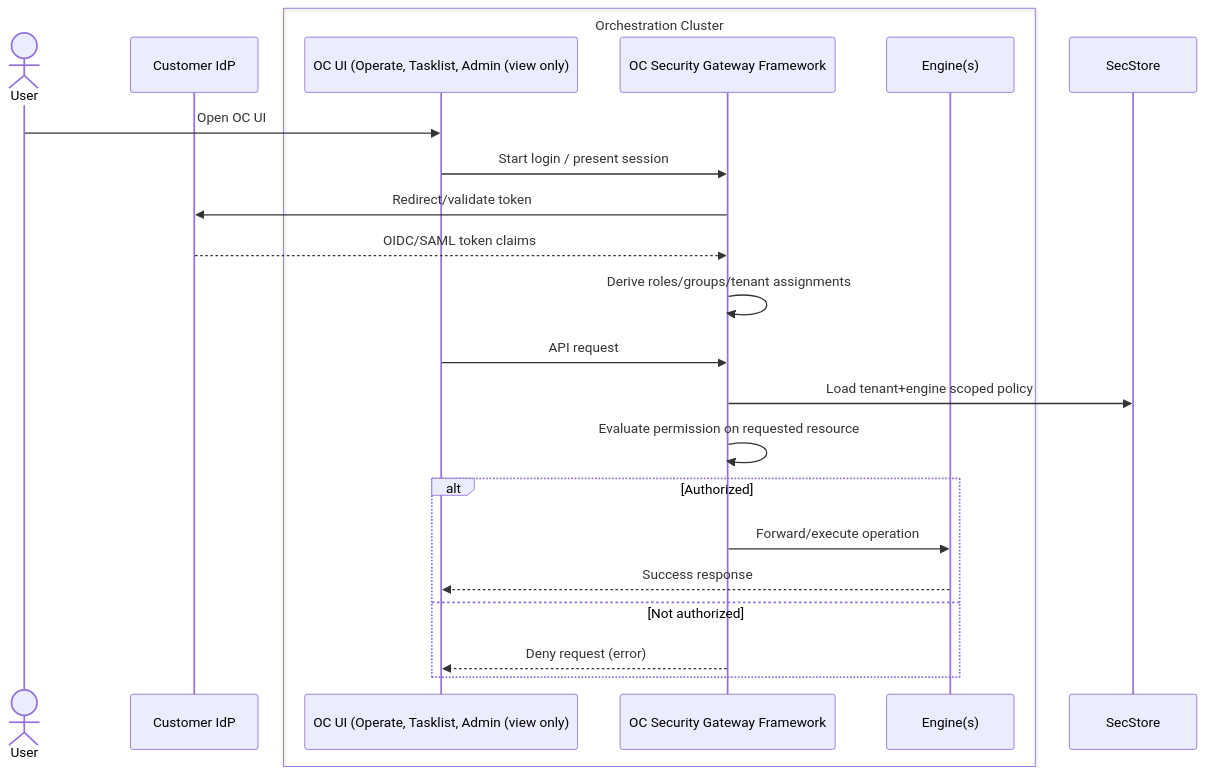
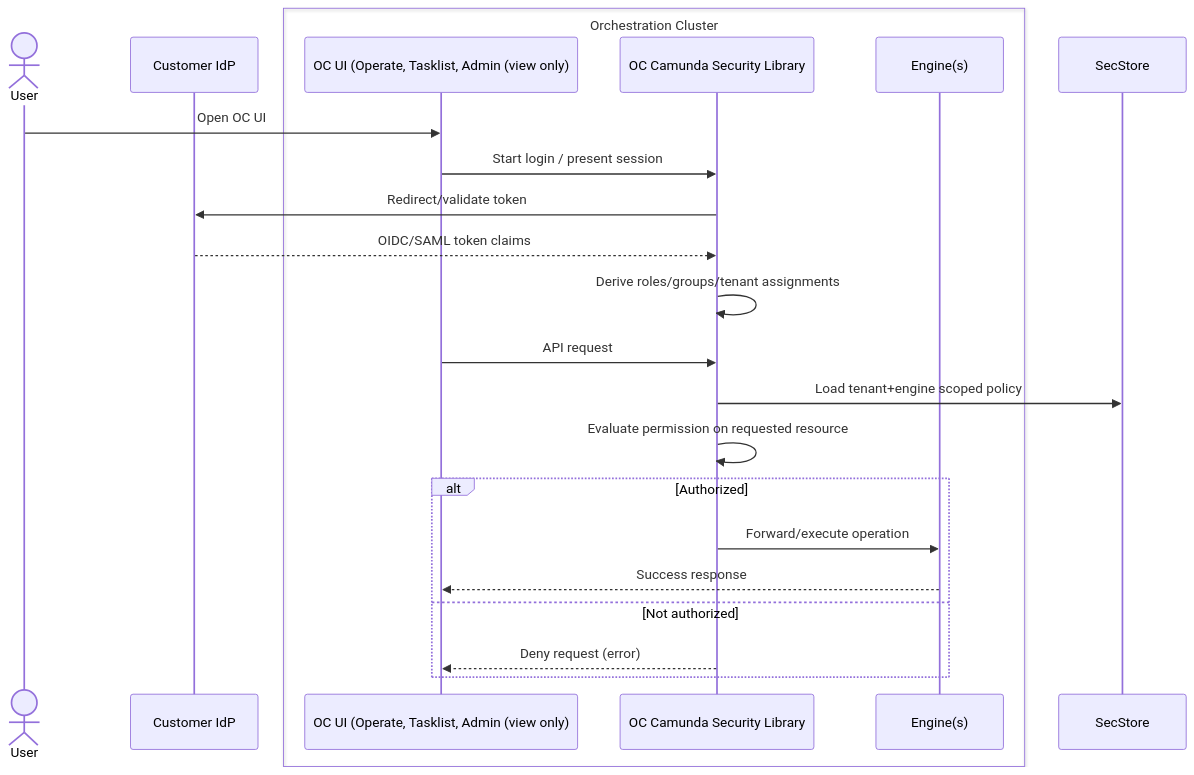
One commit to camunda/camunda-security-library changed diagram 17 of 22 in docs/architecture_docs.md. Above: the diagram before and after it, drawn with Mermaid. The commit also changed other lines of this file and 6 other files, not shown here.

````diff
--- a/docs/architecture_docs.md
+++ b/docs/architecture_docs.md
@@ -1590,26 +1588,26 @@
 ```mermaid
 sequenceDiagram
   actor User
   participant IdP as Customer IdP
   box Orchestration Cluster
     participant OcUi as OC UI (Operate, Tasklist, Admin (view only)
-    participant OCSGF as OC Security Gateway Framework
+    participant OCSLF as OC Camunda Security Library
     participant Engine as Engine(s)
   end
 
   User->>OcUi: Open OC UI
-  OcUi->>OCSGF: Start login / present session
-  OCSGF->>IdP: Redirect/validate token
-  IdP-->>OCSGF: OIDC/SAML token claims
-  OCSGF->>OCSGF: Derive roles/groups/tenant assignments
+  OcUi->>OCSLF: Start login / present session
+  OCSLF->>IdP: Redirect/validate token
+  IdP-->>OCSLF: OIDC/SAML token claims
+  OCSLF->>OCSLF: Derive roles/groups/tenant assignments
 
-  OcUi->>OCSGF: API request
-  OCSGF->>SecStore: Load tenant+engine scoped policy
-  OCSGF->>OCSGF: Evaluate permission on requested resource
+  OcUi->>OCSLF: API request
+  OCSLF->>SecStore: Load tenant+engine scoped policy
+  OCSLF->>OCSLF: Evaluate permission on requested resource
   alt Authorized
-    OCSGF->>Engine: Forward/execute operation
+    OCSLF->>Engine: Forward/execute operation
     Engine-->>OcUi: Success response
   else Not authorized
-    OCSGF-->>OcUi: Deny request (error)
+    OCSLF-->>OcUi: Deny request (error)
   end
 ```
````
